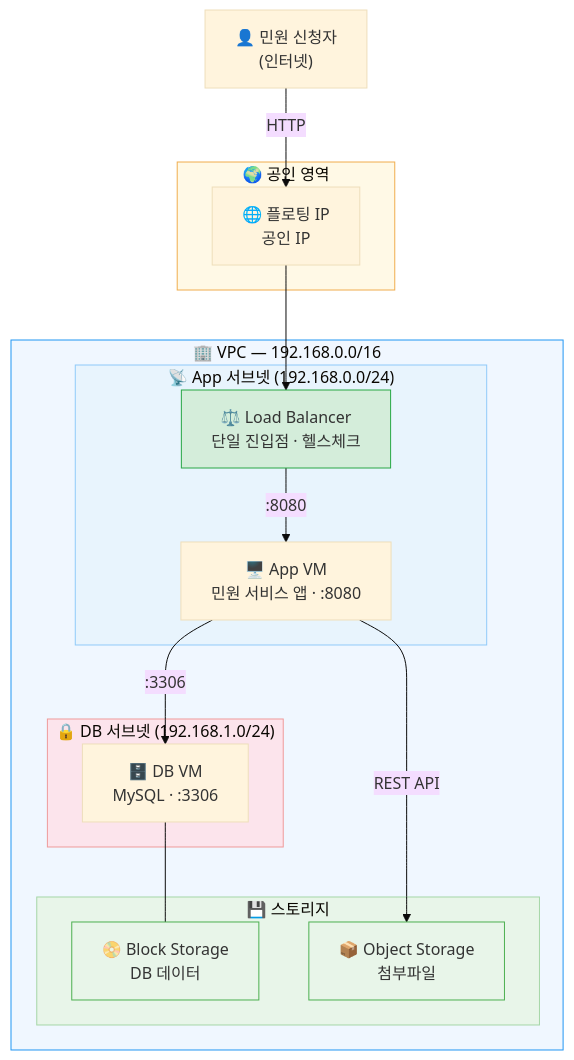
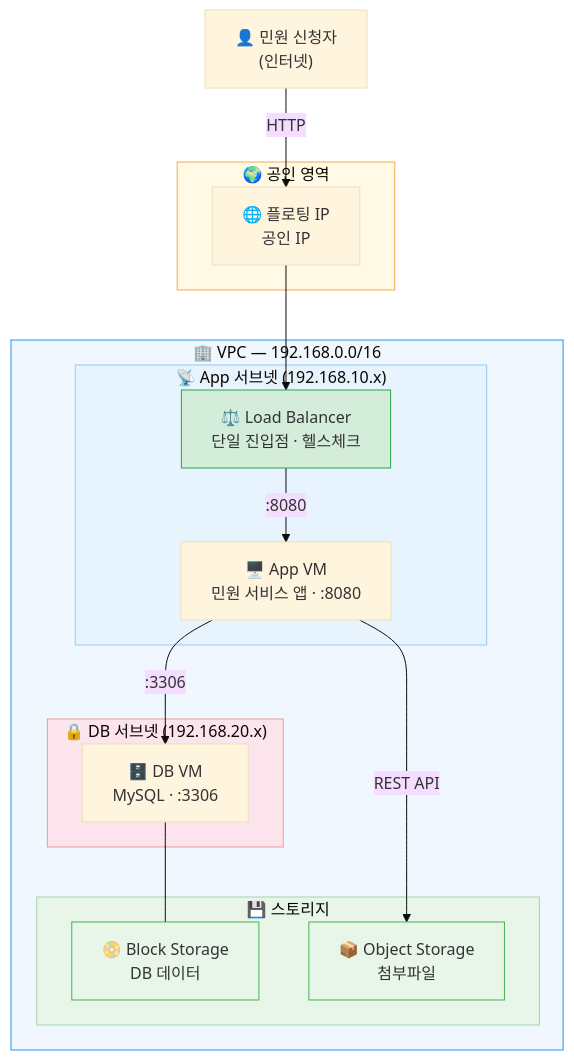
One commit to skilleat-labs/cloud-native-minwon-lab changed the second of 3 diagrams in docs/index.md. Above: the diagram before and after it, drawn with Mermaid (base theme). The commit also changed other lines of this file, not shown here.

````diff
--- a/docs/index.md
+++ b/docs/index.md
@@ -43,38 +46,38 @@
 ```mermaid
 flowchart TB
     USER["👤 민원 신청자\n(인터넷)"]
 
     subgraph PUBLIC["🌍 공인 영역"]
         FIP["🌐 플로팅 IP\n공인 IP"]
     end
 
     subgraph VPC["🏢 VPC — 192.168.0.0/16"]
-        subgraph SUBNET_APP["📡 App 서브넷 (192.168.0.0/24)"]
+        subgraph SUBNET_APP["📡 App 서브넷 (192.168.10.x)"]
             LB["⚖️ Load Balancer\n단일 진입점 · 헬스체크"]
             APP["🖥️ App VM\n민원 서비스 앱 · :8080"]
         end
-        subgraph SUBNET_DB["🔒 DB 서브넷 (192.168.1.0/24)"]
+        subgraph SUBNET_DB["🔒 DB 서브넷 (192.168.20.x)"]
             DB["🗄️ DB VM\nMySQL · :3306"]
         end
         subgraph STORAGE["💾 스토리지"]
             BS["📀 Block Storage\nDB 데이터"]
             OS["📦 Object Storage\n첨부파일"]
         end
     end
 
     USER -->|"HTTP"| FIP
     FIP --> LB
     LB -->|":8080"| APP
     APP -->|":3306"| DB
     APP -->|"REST API"| OS
     DB --- BS
 
     style PUBLIC fill:#fff9e6,stroke:#f0ad4e
     style VPC fill:#f0f7ff,stroke:#2196F3
     style SUBNET_APP fill:#e8f4fd,stroke:#90caf9
     style SUBNET_DB fill:#fce4ec,stroke:#ef9a9a
     style STORAGE fill:#e8f5e9,stroke:#a5d6a7
     style LB fill:#d4edda,stroke:#28a745
     style OS fill:#e8f5e9,stroke:#4caf50
     style BS fill:#e8f5e9,stroke:#4caf50
 ```
````
